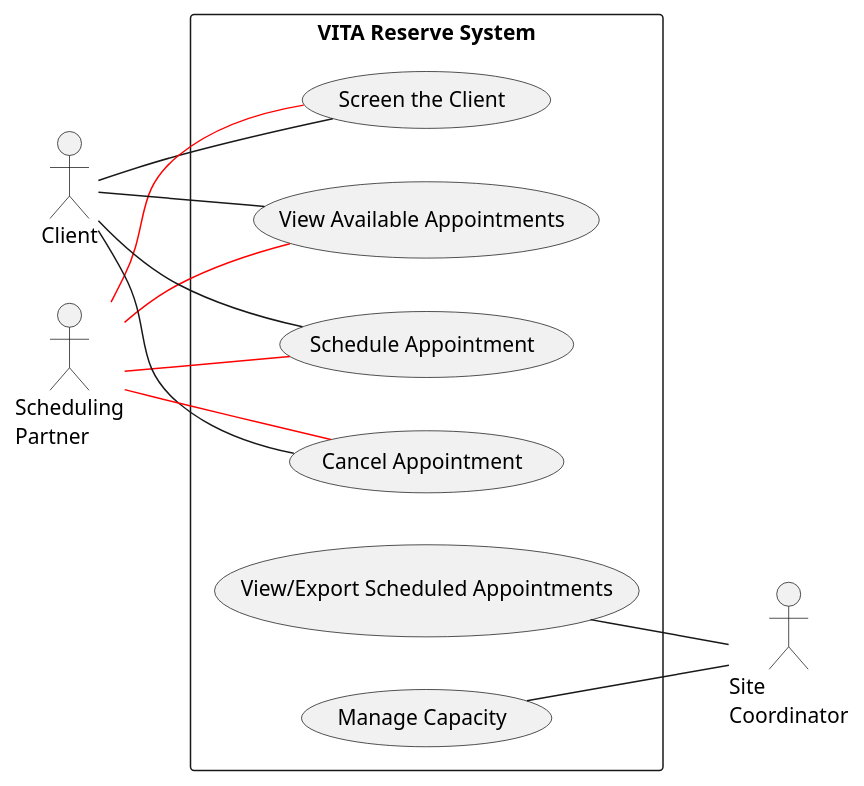
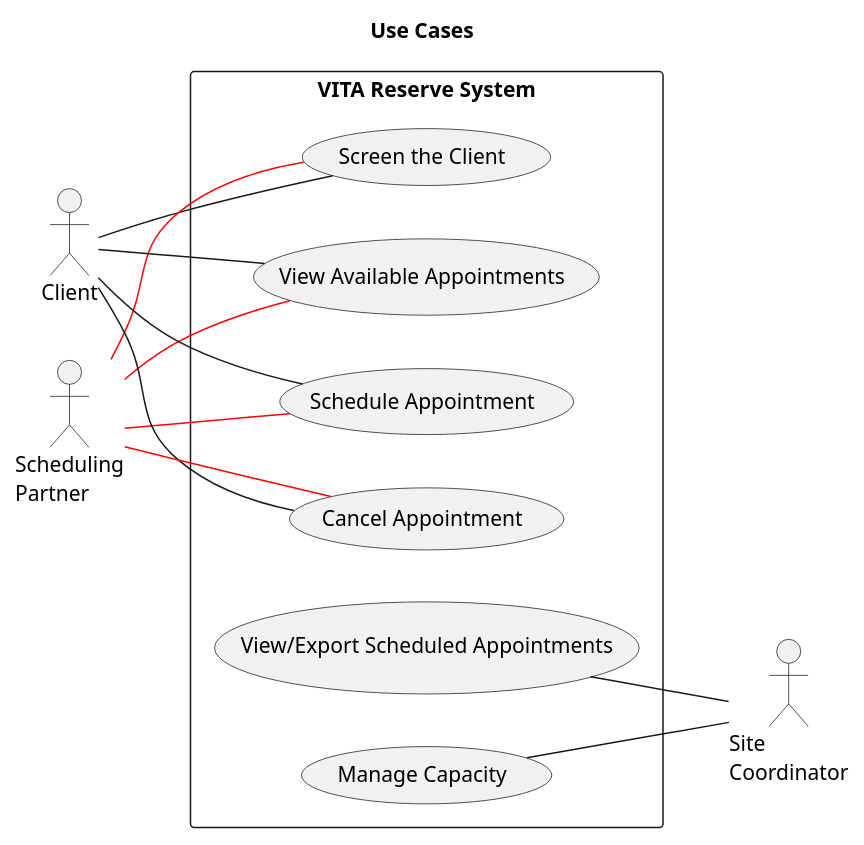
Before and after one commit to ItzNxthaniel/cisc260-final-reservation-itznxthaniel: the diagram in diagrams/src/use_cases.puml, drawn with PlantUML.

Commit message:
Update use_case diagram

```diff
--- a/diagrams/src/use_cases.puml
+++ b/diagrams/src/use_cases.puml
@@ -1,31 +1,32 @@
 @startuml "VITA Reserve - Use Cases"
+title "Use Cases"
 left to right direction
 actor "Client" as ct
 actor "Scheduling\nPartner" as sp
 actor "Site\nCoordinator" as sc
 
 rectangle "VITA Reserve System" {
     usecase "Screen the Client" as UC1
     usecase "View Available Appointments" as UC2
     usecase "Schedule Appointment" as UC3
     usecase "Cancel Appointment" as UC4
     usecase "View/Export Scheduled Appointments" as UC5
     usecase "Manage Capacity" as UC6
 }
 
 ct -- UC1
 sp -- UC1 #line:red;
 
 ct -- UC2
 sp -- UC2 #line:red;
 
 ct -- UC3
 sp -- UC3 #line:red;
 
 ct -- UC4
 sp -- UC4 #line:red;
 
 UC5 -- sc
 UC6 -- sc
 
 @enduml
```
